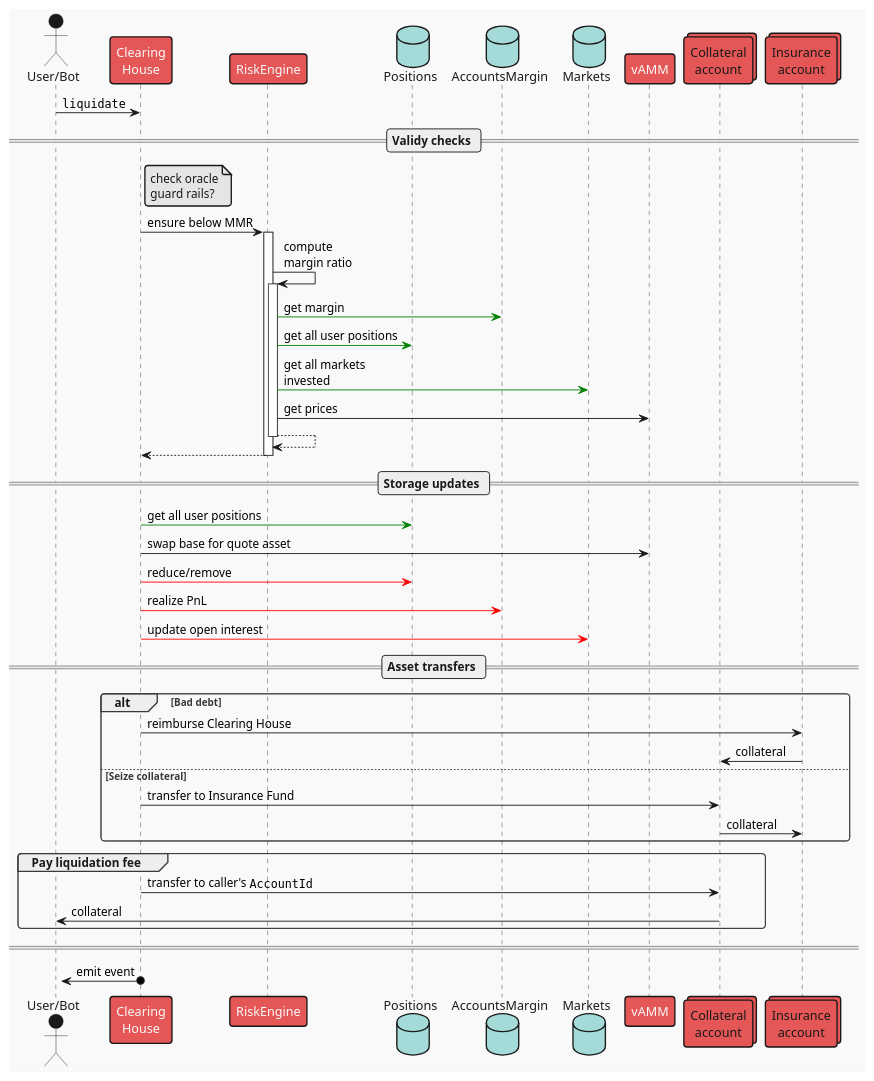
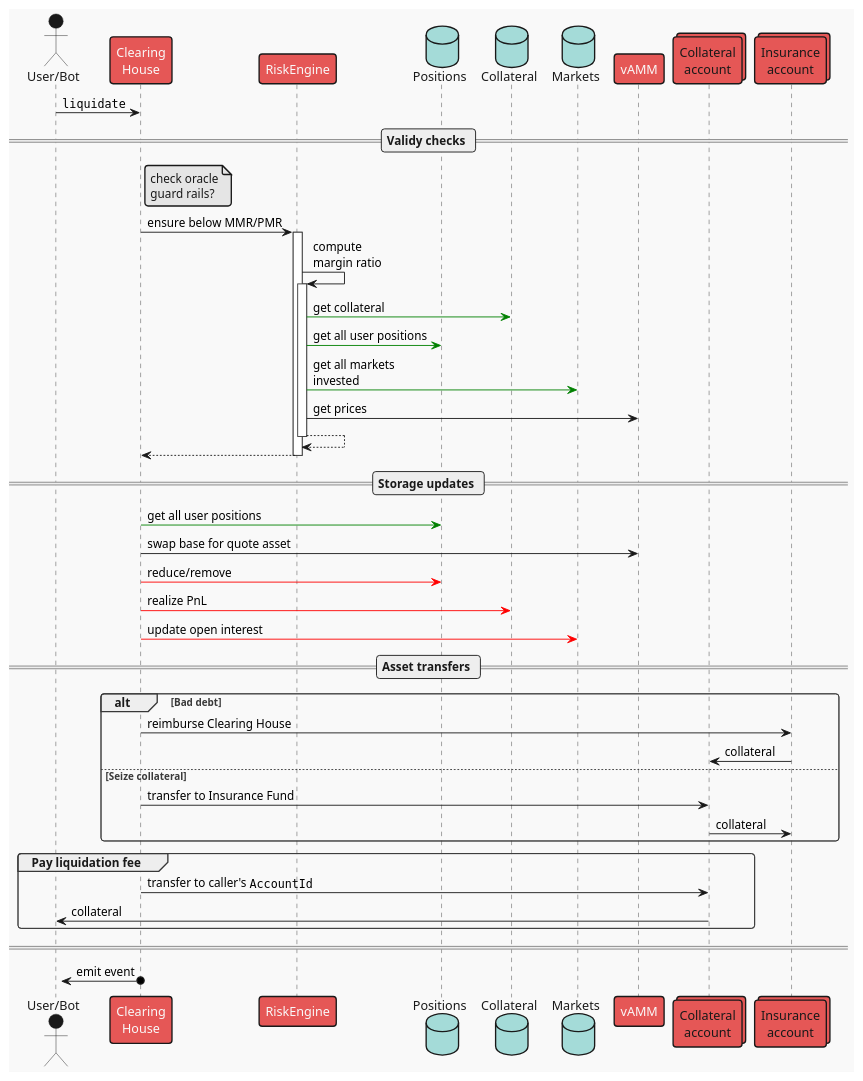
Before and after one commit to ComposableFi/composable: the diagram in frame/clearing-house/diagrams/liquidate.plantuml, drawn with PlantUML. The commit also changed 11 other files, not shown here.

Commit message:
refactor(CH): separate 'collateral' and 'margin'

```diff
--- a/frame/clearing-house/diagrams/liquidate.plantuml
+++ b/frame/clearing-house/diagrams/liquidate.plantuml
@@ -1,59 +1,59 @@
 @startuml liquidate
 !theme mars
 
 actor "User/Bot" as user
 participant "Clearing\nHouse" as ch
 participant "RiskEngine" as risk
 database "Positions" as positions
-database "AccountsMargin" as accs
+database "Collateral" as accs
 database "Markets" as mkts
 participant "vAMM" as vamm
 collections "Collateral\naccount" as vault
 collections "Insurance\naccount" as insurance
 
 user -> ch: ""liquidate""
 
 == Validy checks ==
 
 note right ch
 check oracle
 guard rails?
 end note
 
-ch -> risk ++: ensure below MMR
+ch -> risk ++: ensure below MMR/PMR
     risk -> risk ++: compute\nmargin ratio
-        risk -[#green]> accs : get margin
+        risk -[#green]> accs : get collateral
         risk -[#green]> positions : get all user positions
         risk -[#green]> mkts : get all markets\ninvested
         risk -> vamm : get prices
     return
 return
 
 == Storage updates ==
 
     ch -[#green]> positions : get all user positions
     ch -> vamm : swap base for quote asset
     ch -[#red]> positions : reduce/remove
     ch -[#red]> accs : realize PnL
     ch -[#red]> mkts : update open interest
 
 == Asset transfers ==
 
 alt Bad debt
     ch -> insurance : reimburse Clearing House
     insurance -> vault : collateral
 else Seize collateral
     ch -> vault : transfer to Insurance Fund
     vault -> insurance : collateral
 end
 
 group Pay liquidation fee
     ch -> vault : transfer to caller's ""AccountId""
     vault -> user : collateral
 end
 
 
 ====
 
 ?<-o ch : emit event
 @enduml
```
